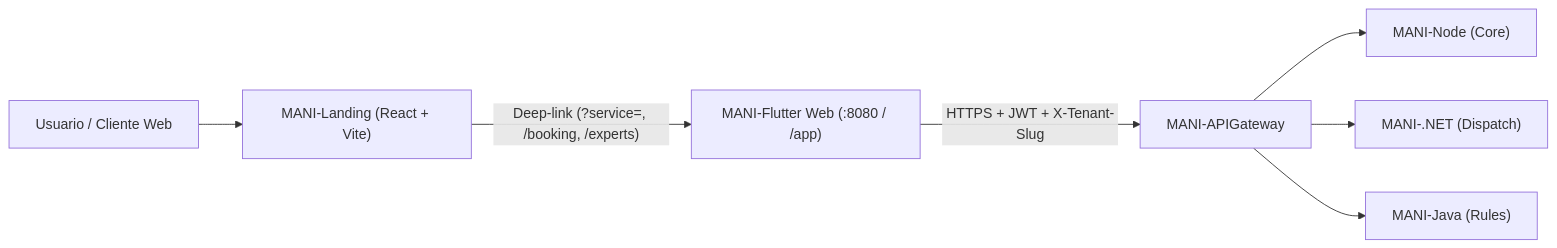
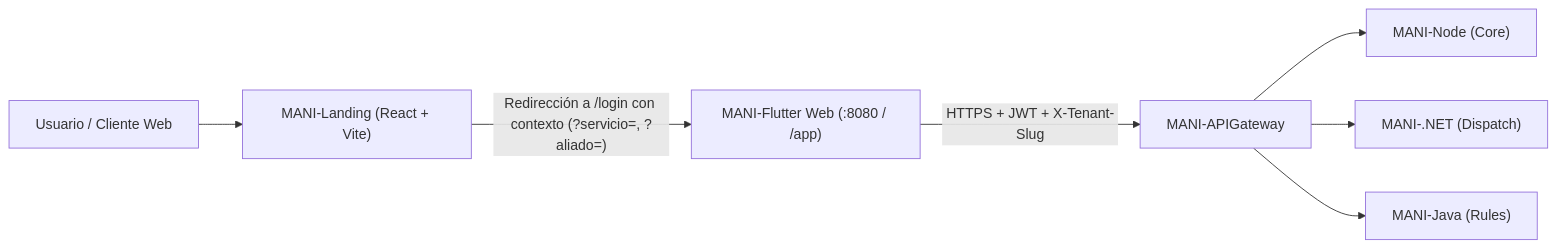
The diagram in docs/ARQUITECTURA_E_INTEGRACION.md (Trama-AS/MANI-Landing), drawn with Mermaid before and after one commit. The commit also changed other lines of this file and 12 other files, not shown here.

````diff
--- a/docs/ARQUITECTURA_E_INTEGRACION.md
+++ b/docs/ARQUITECTURA_E_INTEGRACION.md
@@ -7,9 +7,9 @@
 ```mermaid
 flowchart LR
     U["Usuario / Cliente Web"] --> L["MANI-Landing (React + Vite)"]
-    L -->|"Deep-link (?service=, /booking, /experts)"| F["MANI-Flutter Web (:8080 / /app)"]
+    L -->|"Redirección a /login con contexto (?servicio=, ?aliado=)"| F["MANI-Flutter Web (:8080 / /app)"]
     F -->|"HTTPS + JWT + X-Tenant-Slug"| GW["MANI-APIGateway"]
     GW --> C["MANI-Node (Core)"]
     GW --> D["MANI-.NET (Dispatch)"]
     GW --> R["MANI-Java (Rules)"]
 ```
````
